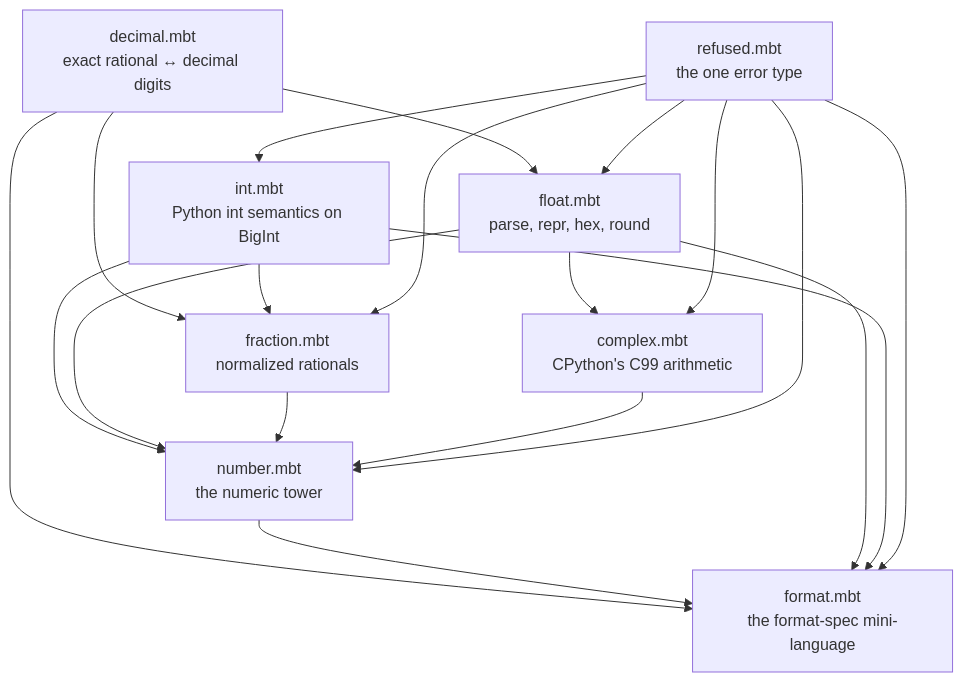
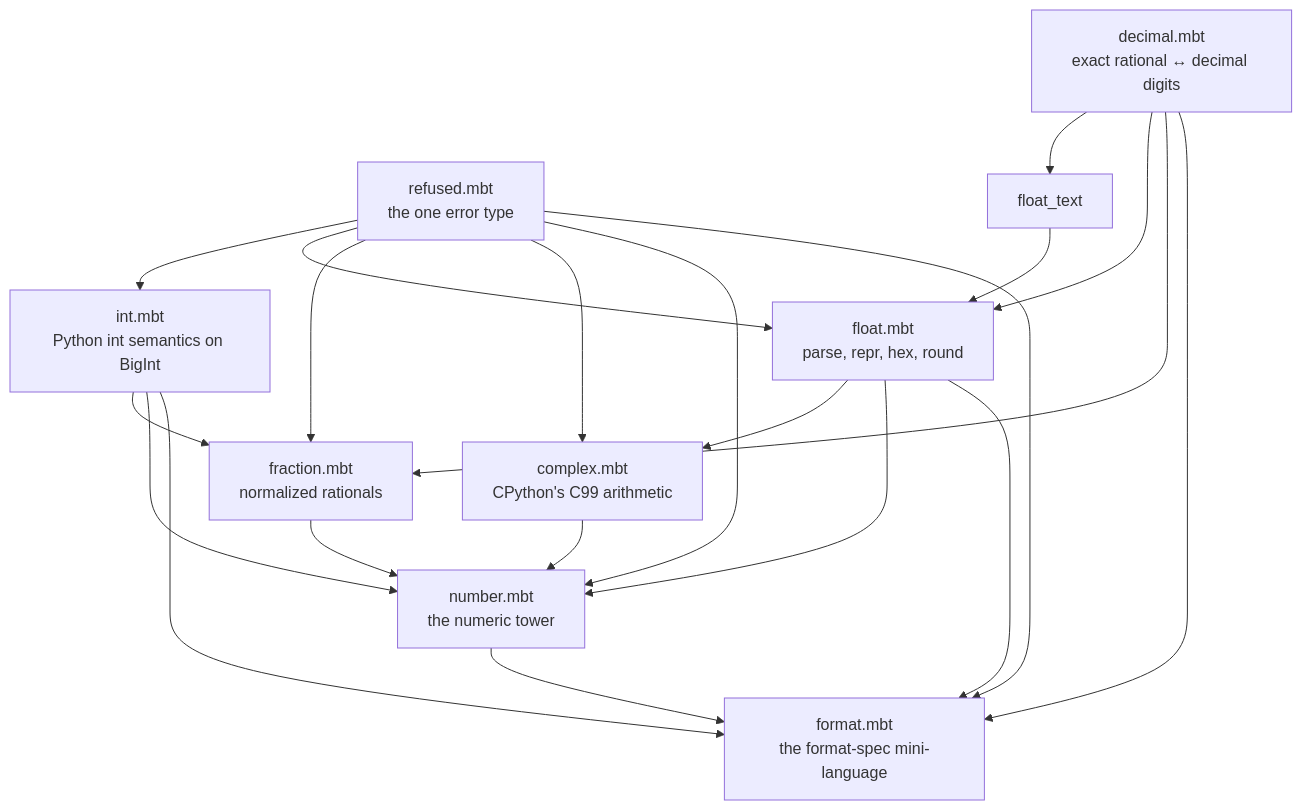
One commit to moonbitstack/moonnum changed the first of 3 diagrams in DESIGN.md. Above: the diagram before and after it, drawn with Mermaid. The commit also changed other lines of this file and 1 other file, not shown here.

````diff
--- a/DESIGN.md
+++ b/DESIGN.md
@@ -26,30 +26,32 @@
 ```mermaid
 graph TD
   refused["refused.mbt<br/>the one error type"]
   decimal["decimal.mbt<br/>exact rational ↔ decimal digits"]
   int["int.mbt<br/>Python int semantics on BigInt"]
   float["float.mbt<br/>parse, repr, hex, round"]
   fraction["fraction.mbt<br/>normalized rationals"]
   complex["complex.mbt<br/>CPython's C99 arithmetic"]
   number["number.mbt<br/>the numeric tower"]
   format["format.mbt<br/>the format-spec mini-language"]
 
+  decimal --> float_text
   decimal --> float
   decimal --> fraction
   decimal --> format
+  float_text --> float
   int --> fraction
   int --> number
   float --> complex
   float --> number
   fraction --> number
   complex --> number
   number --> format
   float --> format
   int --> format
   refused --> int
   refused --> float
   refused --> fraction
   refused --> complex
   refused --> number
   refused --> format
 ```
````
